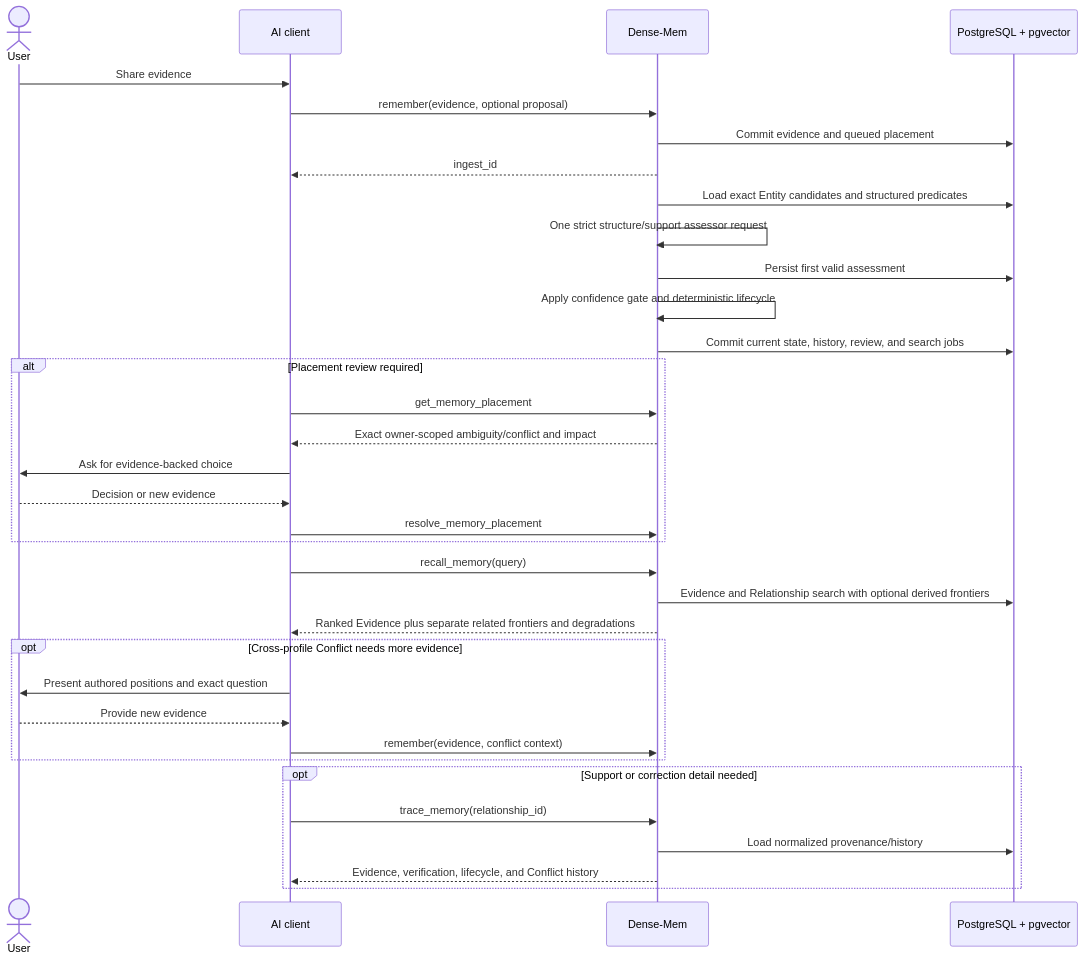
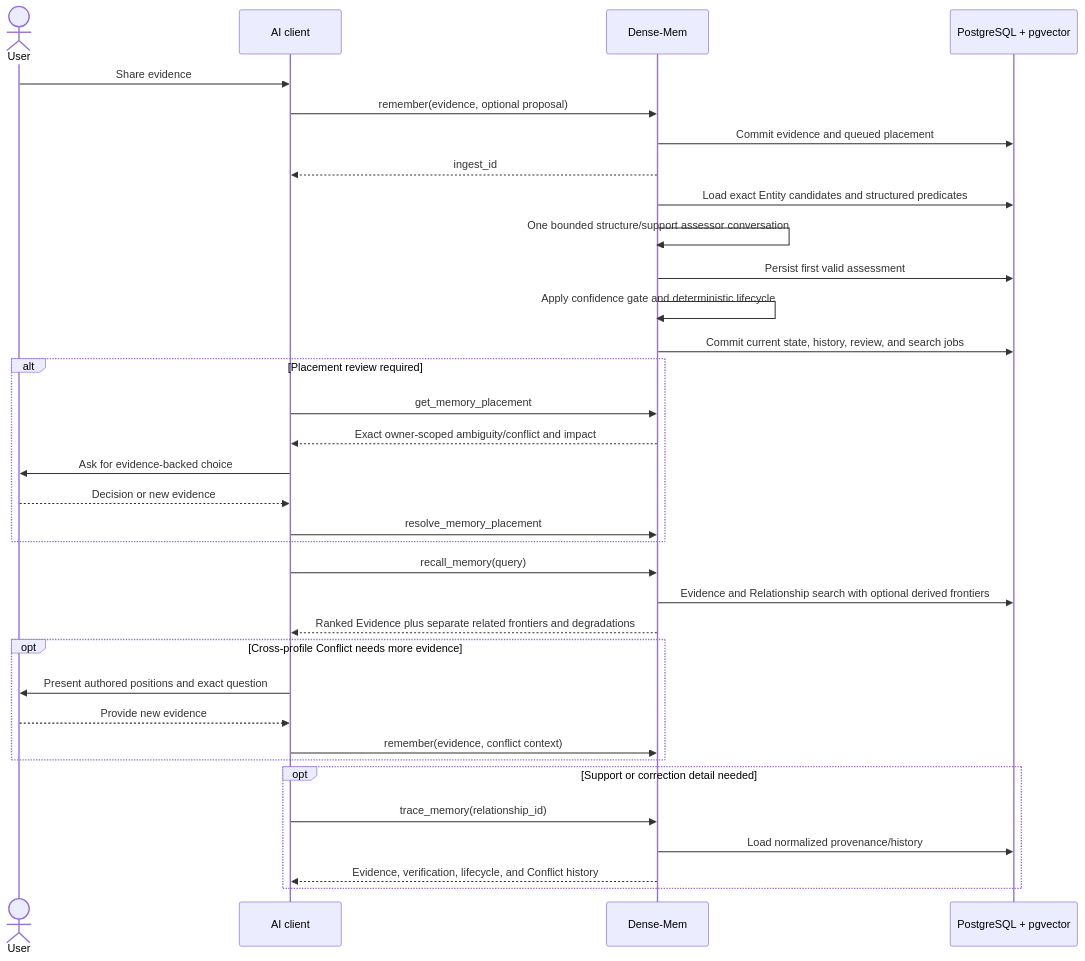
Before and after one commit to markhuangai/dense-mem: the first of 3 diagrams in Home.md, drawn with Mermaid. The commit also changed 18 other files, not shown here.

````diff
--- a/Home.md
+++ b/Home.md
@@ -26,38 +26,38 @@
 ```mermaid
 %%{init: {"sequence": {"rightAngles": true}}}%%
 sequenceDiagram
   actor User
   participant Host as AI client
   participant DM as Dense-Mem
   participant PG as PostgreSQL + pgvector
 
   User->>Host: Share evidence
   Host->>DM: remember(evidence, optional proposal)
   DM->>PG: Commit evidence and queued placement
   DM-->>Host: ingest_id
   DM->>PG: Load exact Entity candidates and structured predicates
-  DM->>DM: One strict structure/support assessor request
+  DM->>DM: One bounded structure/support assessor conversation
   DM->>PG: Persist first valid assessment
   DM->>DM: Apply confidence gate and deterministic lifecycle
   DM->>PG: Commit current state, history, review, and search jobs
   alt Placement review required
     Host->>DM: get_memory_placement
     DM-->>Host: Exact owner-scoped ambiguity/conflict and impact
     Host->>User: Ask for evidence-backed choice
     User-->>Host: Decision or new evidence
     Host->>DM: resolve_memory_placement
   end
   Host->>DM: recall_memory(query)
   DM->>PG: Evidence and Relationship search with optional derived frontiers
   DM-->>Host: Ranked Evidence plus separate related frontiers and degradations
   opt Cross-profile Conflict needs more evidence
     Host->>User: Present authored positions and exact question
     User-->>Host: Provide new evidence
     Host->>DM: remember(evidence, conflict context)
   end
   opt Support or correction detail needed
     Host->>DM: trace_memory(relationship_id)
     DM->>PG: Load normalized provenance/history
     DM-->>Host: Evidence, verification, lifecycle, and Conflict history
   end
 ```
````
